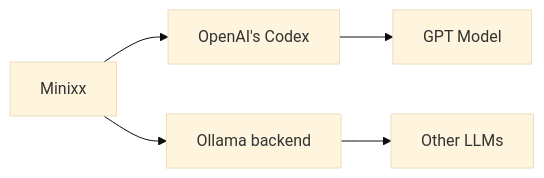
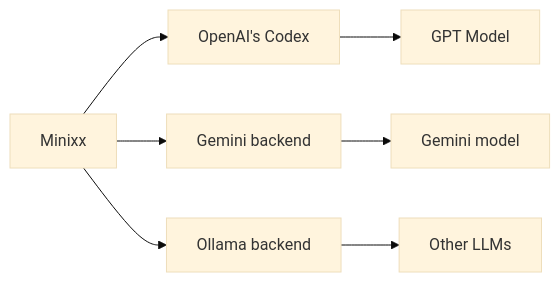
One commit to mtov/minixx changed the first of 4 diagrams in README.md. Above: the diagram before and after it, drawn with Mermaid (base theme). The commit also changed other lines of this file and 8 other files, not shown here.

Commit message:
feat: add Gemini backend support

````diff
--- a/README.md
+++ b/README.md
@@ -71,7 +80,9 @@
 ```mermaid
 flowchart LR
     Minixx --> Codex["OpenAI's Codex"]
     Codex --> GPT["GPT Model"]
+    Minixx --> Gemini["Gemini backend"]
+    Gemini --> GoogleModel["Gemini model"]
     Minixx --> Ollama["Ollama backend"]
     Ollama --> Other["Other LLMs"]
 ```
````
